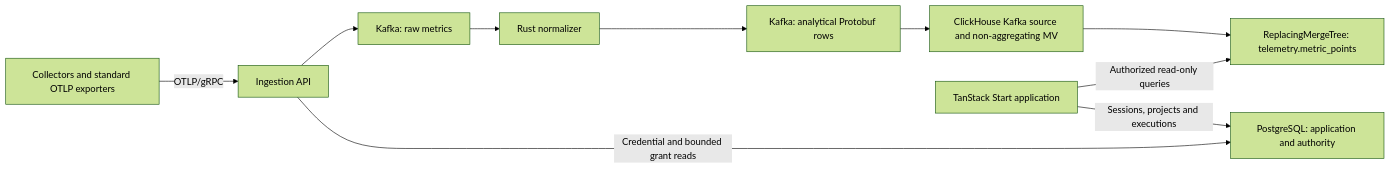
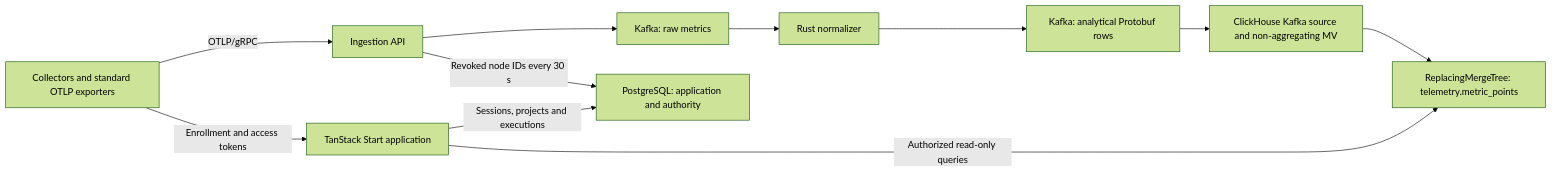
Before and after one commit to theodore-lheureux/pfe-telemetry: the diagram in docs/architecture.md, drawn with Mermaid (forest theme). The commit also changed other lines of this file and 28 other files, not shown here.

````diff
--- a/docs/architecture.md
+++ b/docs/architecture.md
@@ -23,12 +23,13 @@
 ```mermaid
 flowchart LR
     collectors["Collectors and standard OTLP exporters"] -->|OTLP/gRPC| ingest["Ingestion API"]
     ingest --> raw["Kafka: raw metrics"]
     raw --> normalizer["Rust normalizer"]
     normalizer --> normalized["Kafka: analytical Protobuf rows"]
     normalized --> native["ClickHouse Kafka source and non-aggregating MV"]
     native --> points["ReplacingMergeTree: telemetry.metric_points"]
     web["TanStack Start application"] -->|Authorized read-only queries| points
-    ingest -->|Credential and bounded grant reads| postgres["PostgreSQL: application and authority"]
+    ingest -->|Revoked node IDs every 30 s| postgres["PostgreSQL: application and authority"]
+    collectors -->|Enrollment and access tokens| web
     web -->|Sessions, projects and executions| postgres
 ```
````
